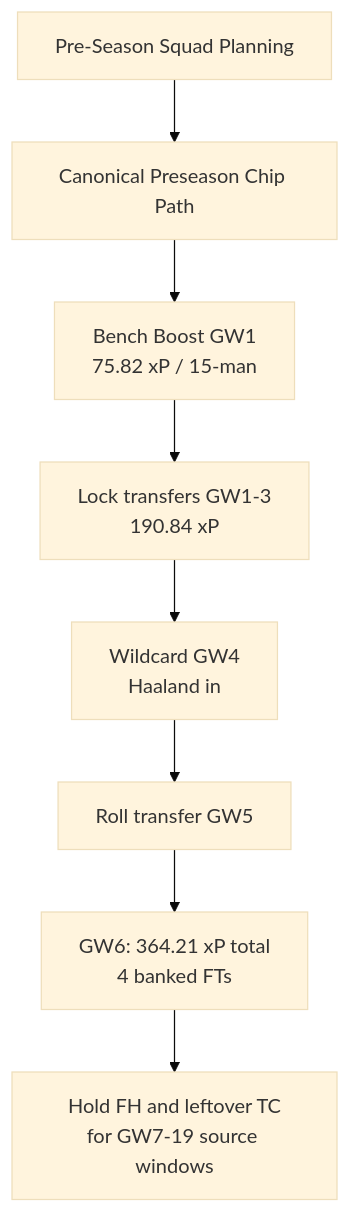
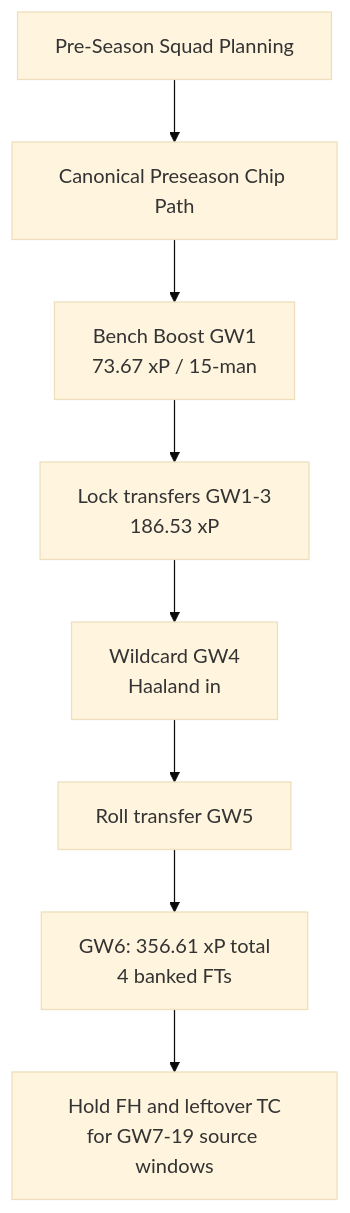
The diagram in docs/research/fpl-first-half-chip-strategy/fpl-first-half-chip-strategy.md (JubileeZ/fpl-jubilee-ascent), drawn with Mermaid (base theme) before and after one commit. The commit also changed other lines of this file and 48 other files, not shown here.

````diff
--- a/docs/research/fpl-first-half-chip-strategy/fpl-first-half-chip-strategy.md
+++ b/docs/research/fpl-first-half-chip-strategy/fpl-first-half-chip-strategy.md
@@ -268,10 +268,10 @@
 ```mermaid
 flowchart TD
     Start["Pre-Season Squad Planning"] --> Live["Canonical Preseason Chip Path"]
-    Live --> BB1["Bench Boost GW1<br/>75.82 xP / 15-man"]
-    BB1 --> Lock["Lock transfers GW1-3<br/>190.84 xP"]
+    Live --> BB1["Bench Boost GW1<br/>73.67 xP / 15-man"]
+    BB1 --> Lock["Lock transfers GW1-3<br/>186.53 xP"]
     Lock --> WC4["Wildcard GW4<br/>Haaland in"]
     WC4 --> Roll5["Roll transfer GW5"]
-    Roll5 --> GW6["GW6: 364.21 xP total<br/>4 banked FTs"]
+    Roll5 --> GW6["GW6: 356.61 xP total<br/>4 banked FTs"]
     GW6 --> Hold["Hold FH and leftover TC<br/>for GW7-19 source windows"]
 ```
````
